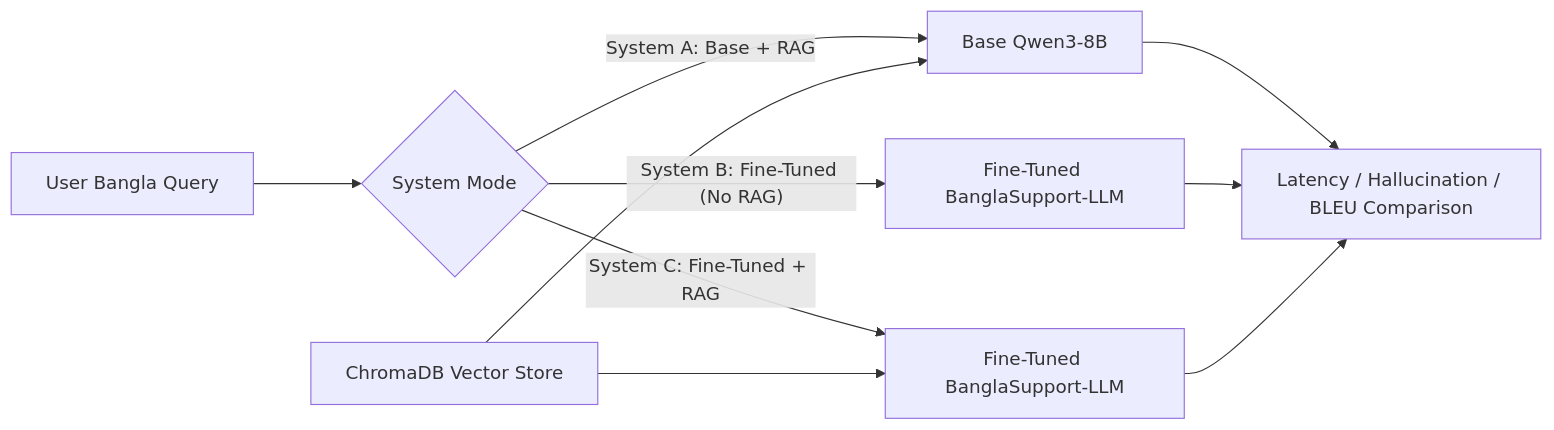
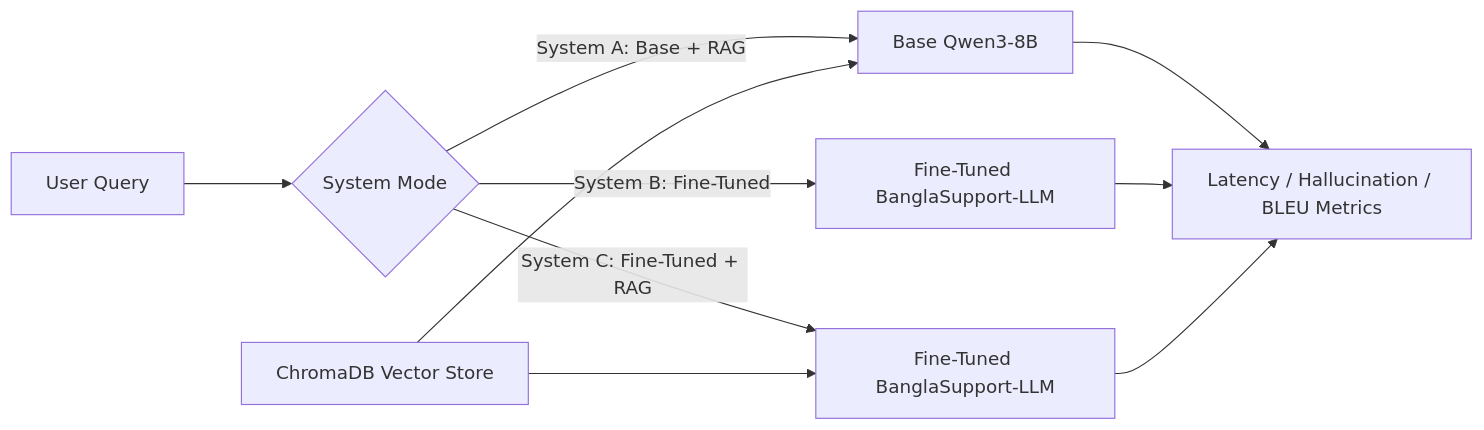
Before and after one commit to mrshibly/BanglaSupport-LLM: the second of 3 diagrams in README.md, drawn with Mermaid. The commit also changed other lines of this file, not shown here.

Commit message:
Fix Mermaid diagram syntax for GitHub rendering

````diff
--- a/README.md
+++ b/README.md
@@ -73,16 +73,16 @@
 ```mermaid
 graph LR
-    UserQuery["User Bangla Query"] --> Router{"System Mode"}
+    UserQuery[User Query] --> Router{System Mode}
     
-    Router -- "System A: Base + RAG" --> BaseLLM["Base Qwen3-8B"]
-    ChromaDB["ChromaDB Vector Store"] --> BaseLLM
+    Router -->|System A: Base + RAG| BaseLLM[Base Qwen3-8B]
+    ChromaDB[ChromaDB Vector Store] --> BaseLLM
     
-    Router -- "System B: Fine-Tuned (No RAG)" --> FTModel["Fine-Tuned BanglaSupport-LLM"]
+    Router -->|System B: Fine-Tuned| FTModel[Fine-Tuned BanglaSupport-LLM]
     
-    Router -- "System C: Fine-Tuned + RAG" --> FTRAG["Fine-Tuned BanglaSupport-LLM"]
+    Router -->|System C: Fine-Tuned + RAG| FTRAG[Fine-Tuned BanglaSupport-LLM]
     ChromaDB --> FTRAG
     
-    BaseLLM --> EvalComp["Latency / Hallucination / BLEU Comparison"]
+    BaseLLM --> EvalComp[Latency / Hallucination / BLEU Metrics]
     FTModel --> EvalComp
     FTRAG --> EvalComp
 ```
````
